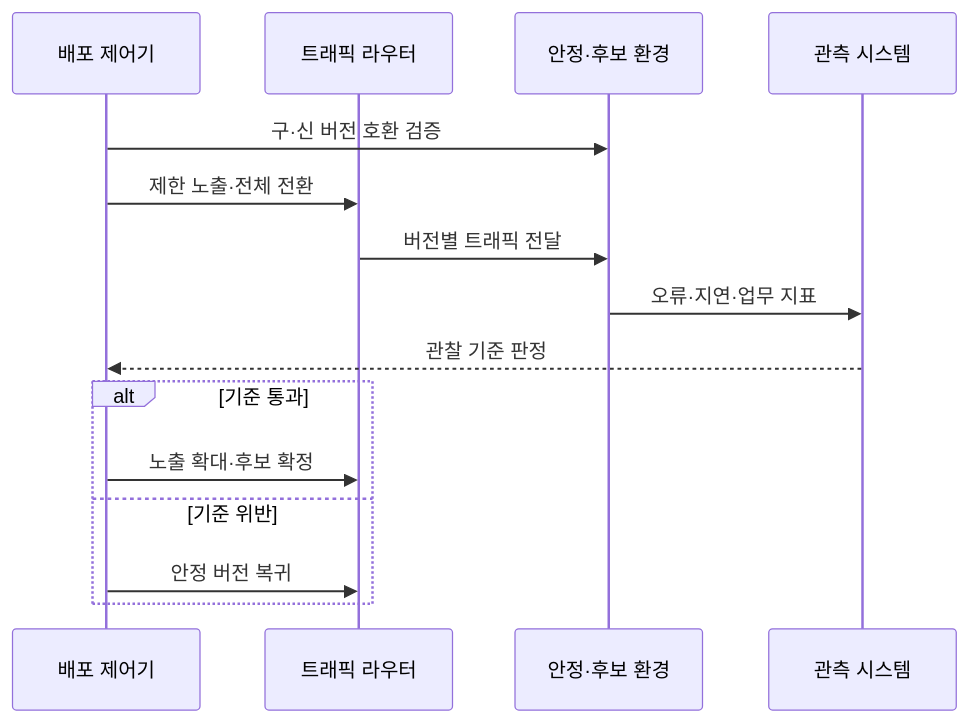
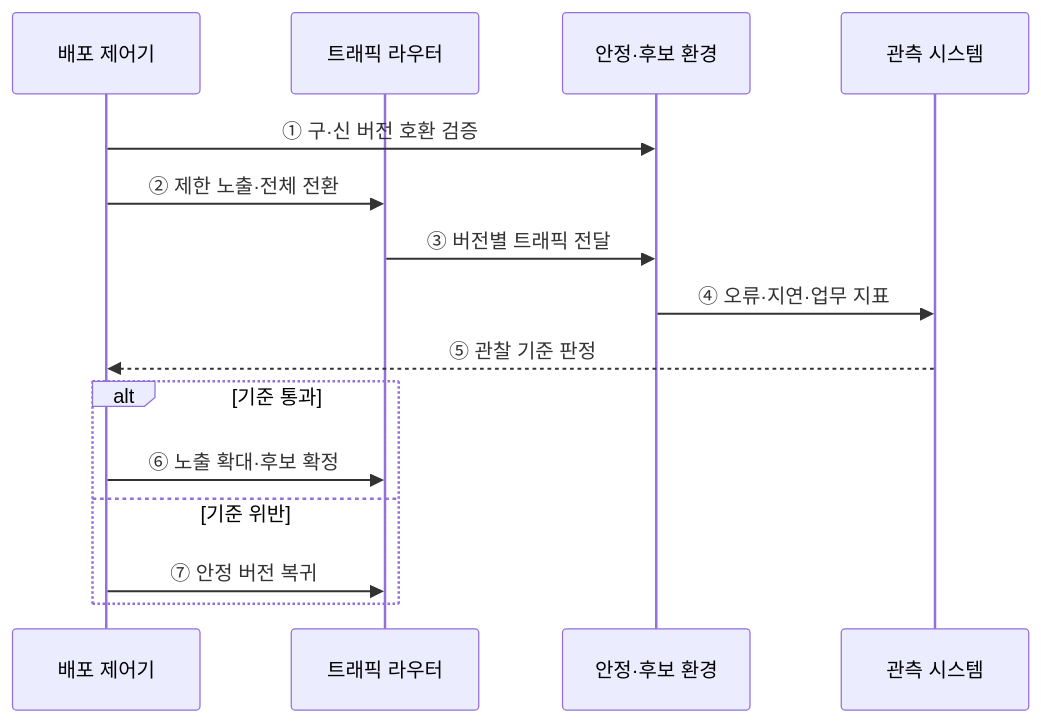
Before and after one commit to agnusdei1207/knowledge-base: the second of 2 diagrams in src/content/docs/notes/03-software/063_canary_blue_green_deployment.md, drawn with Mermaid. The commit also changed other lines of this file and 20 other files, not shown here.

````diff
--- a/src/content/docs/notes/03-software/063_canary_blue_green_deployment.md
+++ b/src/content/docs/notes/03-software/063_canary_blue_green_deployment.md
@@ -85,17 +73,17 @@
 ```mermaid
 sequenceDiagram
     participant D as 배포 제어기
     participant R as 트래픽 라우터
     participant V as 안정·후보 환경
     participant O as 관측 시스템
-    D->>V: 구·신 버전 호환 검증
-    D->>R: 제한 노출·전체 전환
-    R->>V: 버전별 트래픽 전달
-    V->>O: 오류·지연·업무 지표
-    O-->>D: 관찰 기준 판정
+    D->>V: ① 구·신 버전 호환 검증
+    D->>R: ② 제한 노출·전체 전환
+    R->>V: ③ 버전별 트래픽 전달
+    V->>O: ④ 오류·지연·업무 지표
+    O-->>D: ⑤ 관찰 기준 판정
     alt 기준 통과
-        D->>R: 노출 확대·후보 확정
+        D->>R: ⑥ 노출 확대·후보 확정
     else 기준 위반
-        D->>R: 안정 버전 복귀
+        D->>R: ⑦ 안정 버전 복귀
     end
 ```
````
